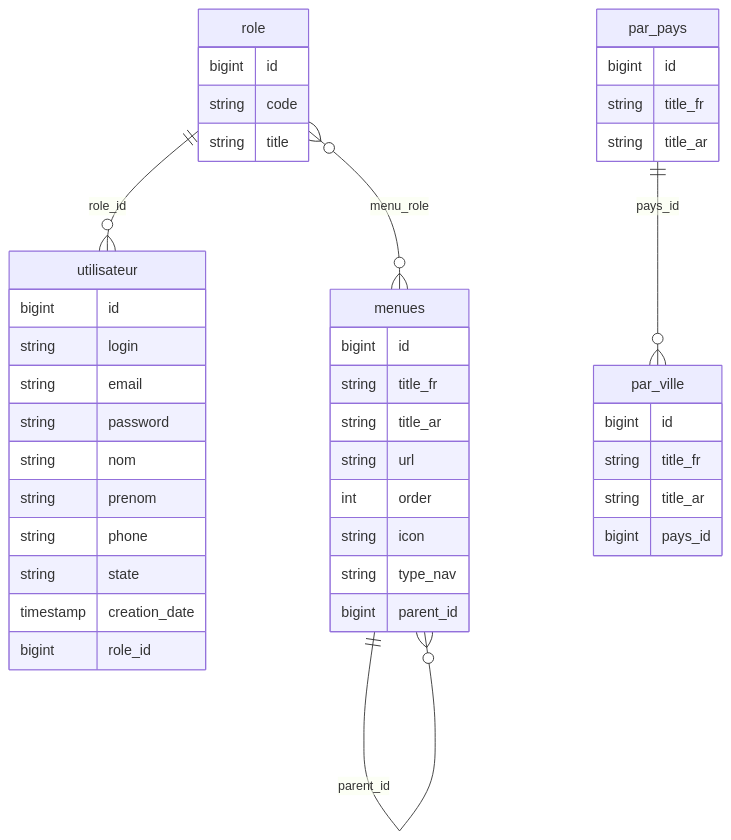
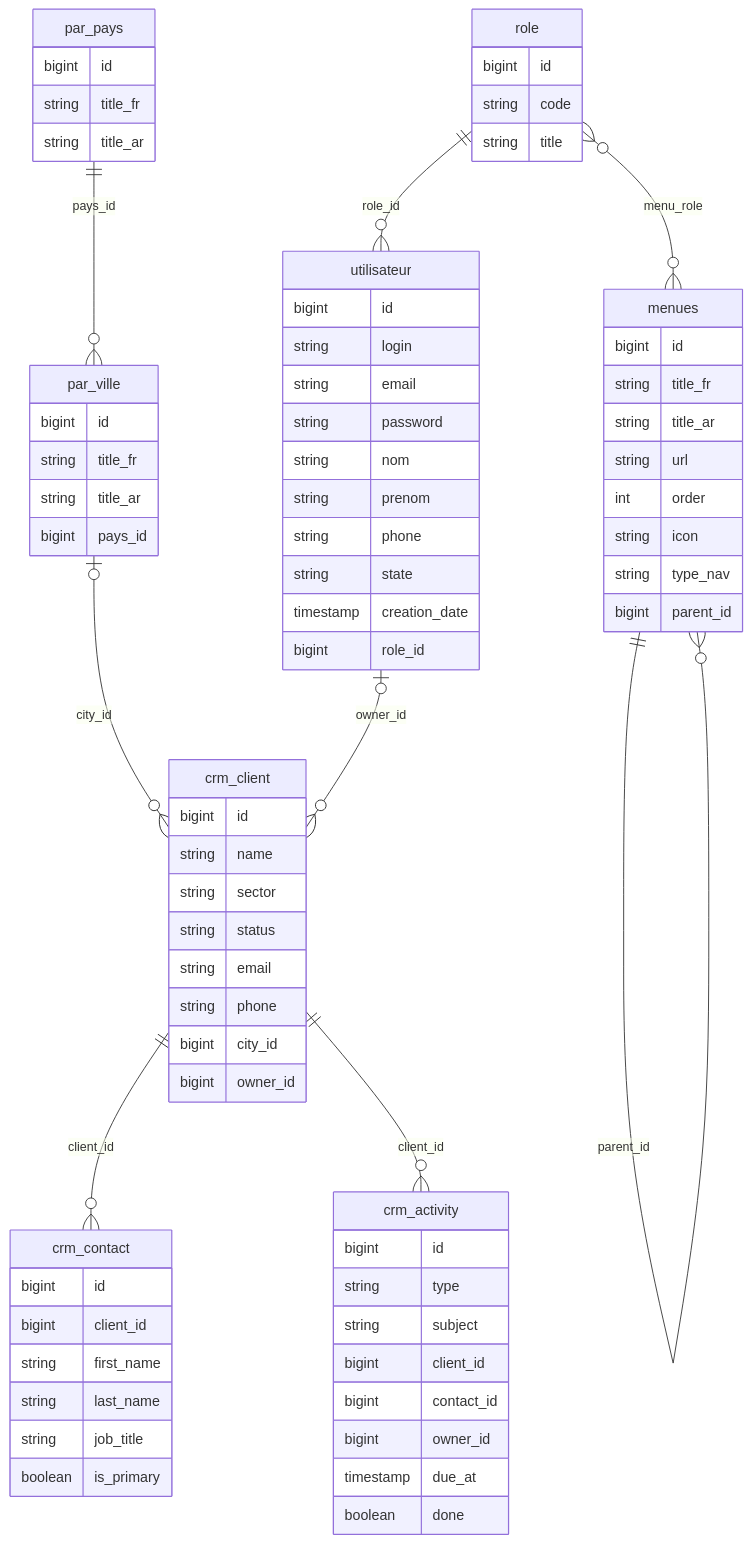
The second of 3 diagrams in README.md (DevOpsAchrafOu/smartClientManagement-FrontEnd), drawn with Mermaid before and after one commit. The commit also changed other lines of this file and 47 other files, not shown here.

````diff
--- a/README.md
+++ b/README.md
@@ -145,13 +150,20 @@
 ```mermaid
 erDiagram
     role ||--o{ utilisateur : "role_id"
     role }o--o{ menues : "menu_role"
     menues ||--o{ menues : "parent_id"
     par_pays ||--o{ par_ville : "pays_id"
+    crm_client ||--o{ crm_contact : "client_id"
+    crm_client ||--o{ crm_activity : "client_id"
+    par_ville |o--o{ crm_client : "city_id"
+    utilisateur |o--o{ crm_client : "owner_id"
 
     role { bigint id string code string title }
     utilisateur { bigint id string login string email string password string nom string prenom string phone string state timestamp creation_date bigint role_id }
     menues { bigint id string title_fr string title_ar string url int order string icon string type_nav bigint parent_id }
     par_pays { bigint id string title_fr string title_ar }
     par_ville { bigint id string title_fr string title_ar bigint pays_id }
+    crm_client { bigint id string name string sector string status string email string phone bigint city_id bigint owner_id }
+    crm_contact { bigint id bigint client_id string first_name string last_name string job_title boolean is_primary }
+    crm_activity { bigint id string type string subject bigint client_id bigint contact_id bigint owner_id timestamp due_at boolean done }
 ```
````
